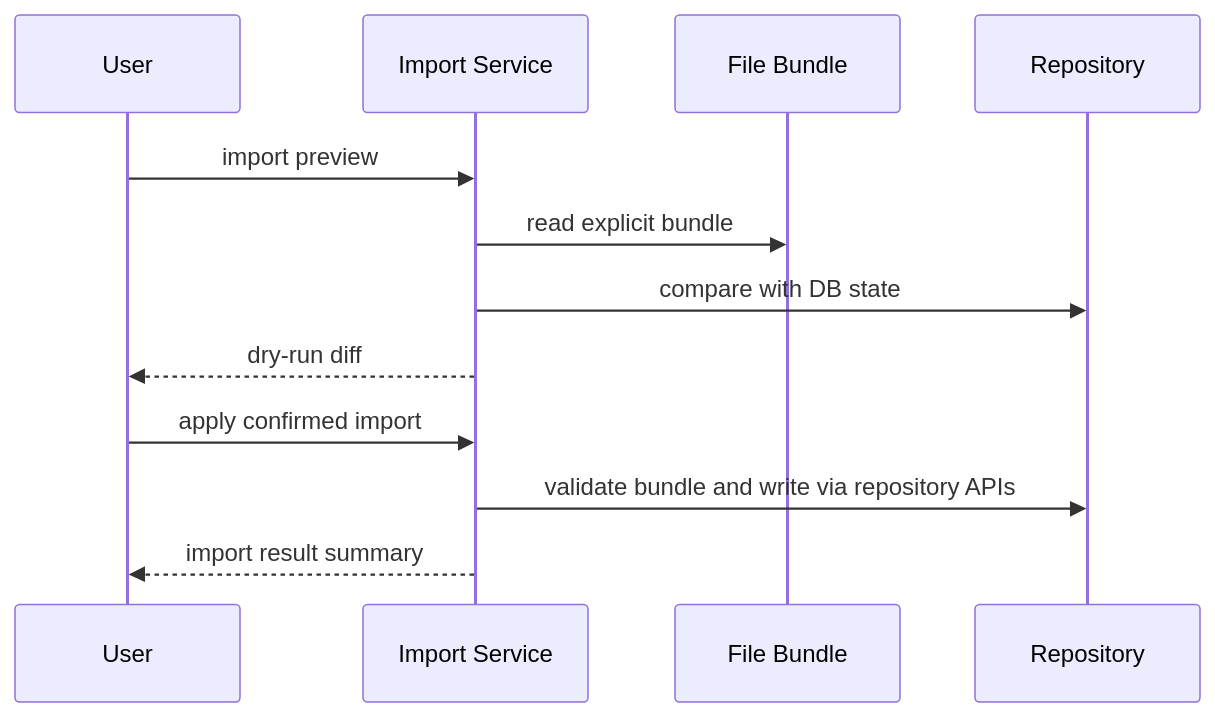
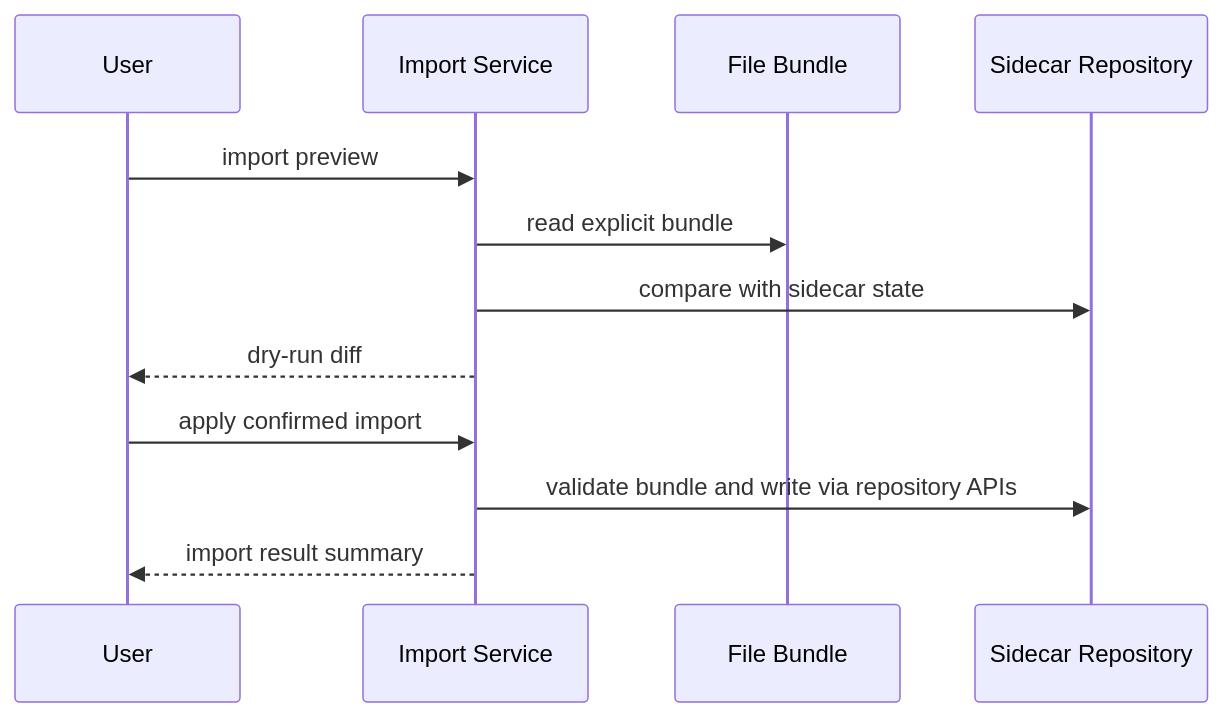
One commit to leike0813/zotero-agents changed the eighth of 8 diagrams in doc/synthesis-layer/sequences.md. Above: the diagram before and after it, drawn with Mermaid. The commit also changed other lines of this file and 267 other files, not shown here.

````diff
--- a/doc/synthesis-layer/sequences.md
+++ b/doc/synthesis-layer/sequences.md
@@ -297,15 +227,15 @@
 ```mermaid
 sequenceDiagram
   participant U as User
-  participant S as Import Service
+  participant I as Import Service
   participant B as File Bundle
-  participant R as Repository
+  participant S as Sidecar Repository
 
-  U->>S: import preview
-  S->>B: read explicit bundle
-  S->>R: compare with DB state
-  S-->>U: dry-run diff
-  U->>S: apply confirmed import
-  S->>R: validate bundle and write via repository APIs
-  S-->>U: import result summary
+  U->>I: import preview
+  I->>B: read explicit bundle
+  I->>S: compare with sidecar state
+  I-->>U: dry-run diff
+  U->>I: apply confirmed import
+  I->>S: validate bundle and write via repository APIs
+  I-->>U: import result summary
 ```
````
